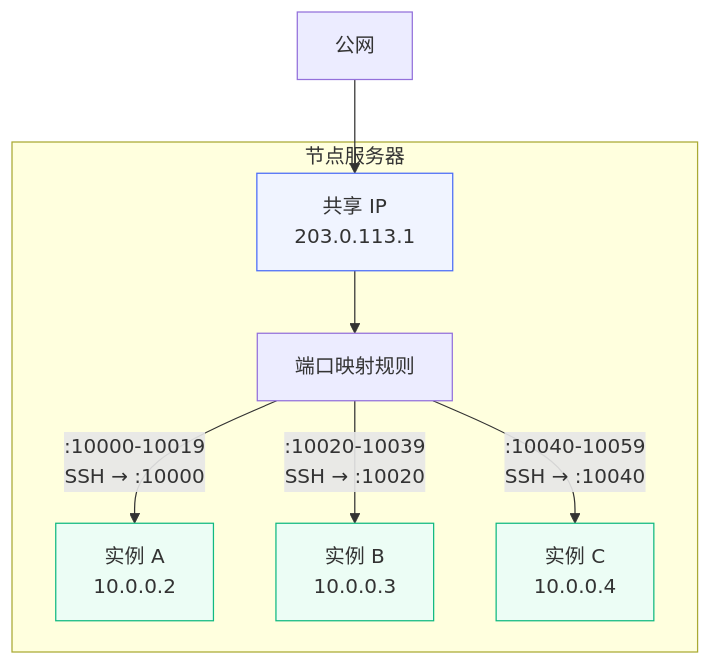
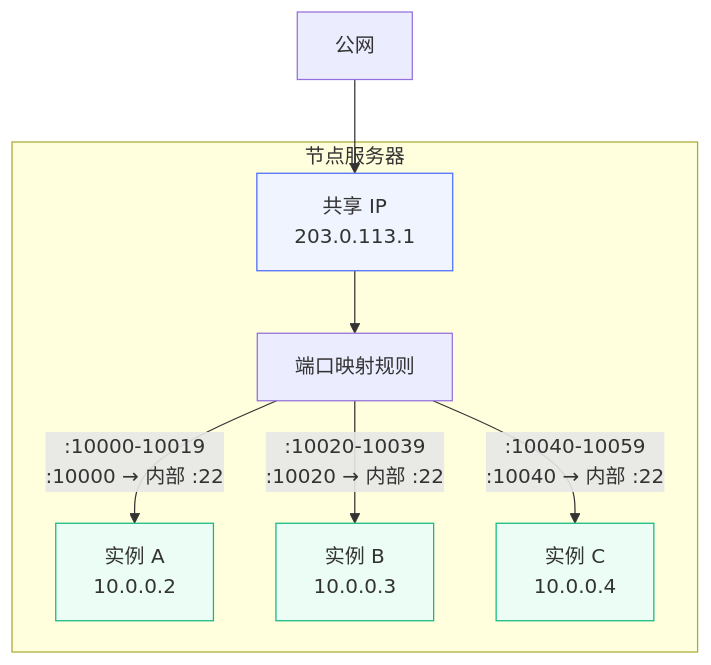
Before and after one commit to huohuastudio/docs: the diagram in docs/novaix/shared-ip.md, drawn with Mermaid. The commit also changed other lines of this file and 39 other files, not shown here.

````diff
--- a/docs/novaix/shared-ip.md
+++ b/docs/novaix/shared-ip.md
@@ -20,16 +20,16 @@
 ```mermaid
 graph TB
     internet["公网"] --> sharedIP["共享 IP<br/>203.0.113.1"]
 
     subgraph node["节点服务器"]
         sharedIP --> portMap["端口映射规则"]
-        portMap -->|":10000-10019<br/>SSH → :10000"| vm1["实例 A<br/>10.0.0.2"]
-        portMap -->|":10020-10039<br/>SSH → :10020"| vm2["实例 B<br/>10.0.0.3"]
-        portMap -->|":10040-10059<br/>SSH → :10040"| vm3["实例 C<br/>10.0.0.4"]
+        portMap -->|":10000-10019<br/>:10000 → 内部 :22"| vm1["实例 A<br/>10.0.0.2"]
+        portMap -->|":10020-10039<br/>:10020 → 内部 :22"| vm2["实例 B<br/>10.0.0.3"]
+        portMap -->|":10040-10059<br/>:10040 → 内部 :22"| vm3["实例 C<br/>10.0.0.4"]
     end
 
     style sharedIP fill:#f0f4ff,stroke:#4a6cf7
     style vm1 fill:#ecfdf5,stroke:#10b981
     style vm2 fill:#ecfdf5,stroke:#10b981
     style vm3 fill:#ecfdf5,stroke:#10b981
 ```
````
